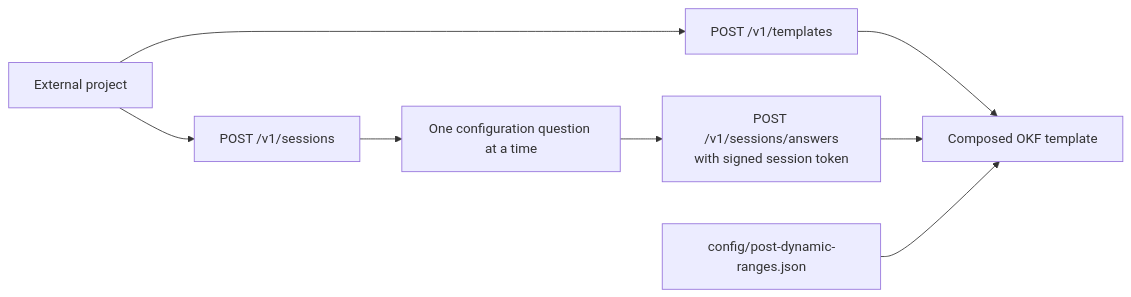
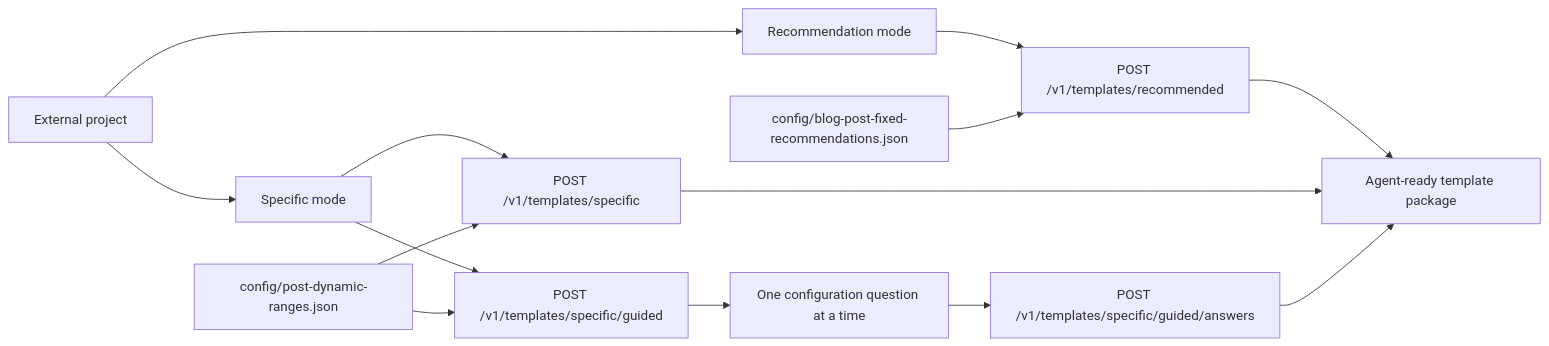
Before and after one commit to promotemyapp/post: the first of 2 diagrams in docs/API.md, drawn with Mermaid. The commit also changed other lines of this file and 6 other files, not shown here.

Commit message:
feat: add recommended and specific template modes

````diff
--- a/docs/API.md
+++ b/docs/API.md
@@ -5,10 +5,16 @@
 ```mermaid
 flowchart LR
-    Client[External project] --> Direct[POST /v1/templates]
-    Client --> Guided[POST /v1/sessions]
+    Client[External project] --> Recommended[Recommendation mode]
+    Client --> Specific[Specific mode]
+    Recommended --> RecommendedRequest[POST /v1/templates/recommended]
+    Specific --> Direct[POST /v1/templates/specific]
+    Specific --> Guided[POST /v1/templates/specific/guided]
     Guided --> Questions[One configuration question at a time]
-    Questions --> Answer[POST /v1/sessions/answers<br/>with signed session token]
-    Direct --> Result[Composed OKF template]
+    Questions --> Answer[POST /v1/templates/specific/guided/answers]
+    RecommendedRequest --> Result[Agent-ready template package]
+    Direct --> Result
     Answer --> Result
-    Config[config/post-dynamic-ranges.json] --> Result
+    Fixed[config/blog-post-fixed-recommendations.json] --> RecommendedRequest
+    Dynamic[config/post-dynamic-ranges.json] --> Direct
+    Dynamic --> Guided
 ```
````
